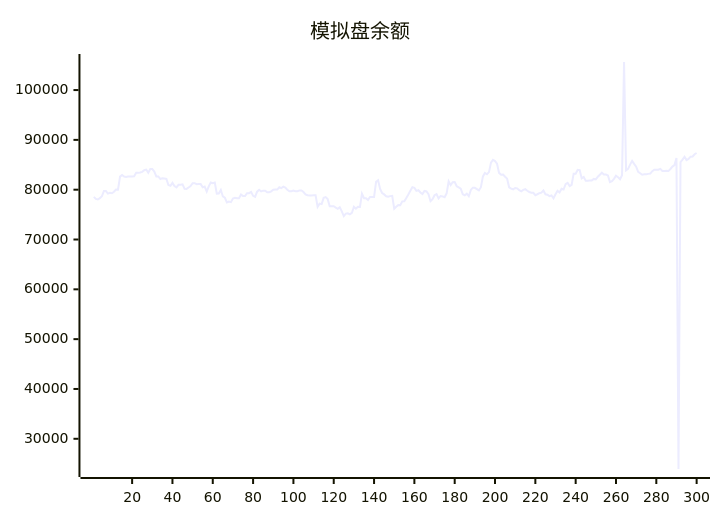
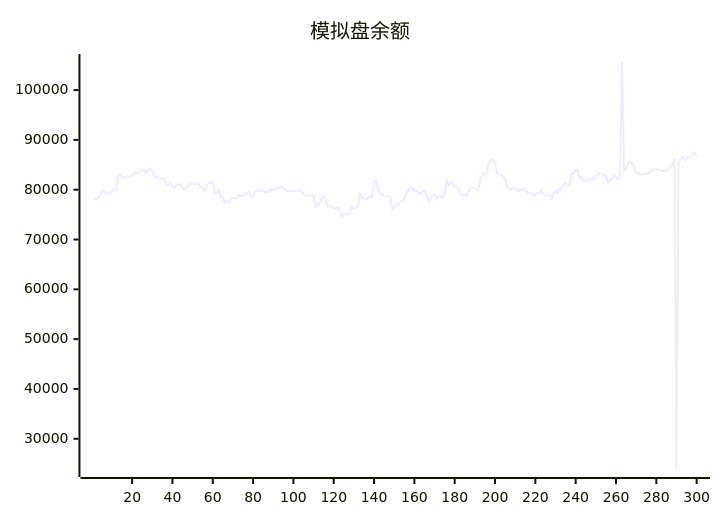
One commit to aahl/ai-trading changed the diagram in README.md. Above: the diagram before and after it, drawn with Mermaid. The commit also changed other lines of this file and 1 other file, not shown here.

````diff
--- a/README.md
+++ b/README.md
@@ -5,5 +5,5 @@
 ```mermaid
 xychart
     title "模拟盘余额"
-    line [78561,78139,78037,78293,78682,79720,79720,79214,79372,79279,79591,80046,79993,82625,82950,82626,82571,82633,82670,82670,82681,83386,83378,83464,83579,83920,84037,83402,84160,84142,83652,82655,82655,82145,82315,82243,82163,80934,80770,81371,80742,80468,80989,80989,81067,80191,80155,80450,80737,81309,81309,81106,81119,81119,80471,80631,79624,80670,81448,81290,81429,79212,79222,79940,78643,78380,77432,77623,77504,78235,78358,78284,78277,79048,78714,78714,79290,79308,79567,78763,78563,79603,79988,79652,79813,79813,79476,79469,79673,79995,80015,80015,80486,80314,80600,80436,79966,79689,79689,79819,79692,79692,79850,79850,79518,79071,78889,78850,78850,78878,78878,76554,77202,77103,78357,78510,78106,76678,76677,76672,76411,76159,76485,75656,74695,75197,75246,75052,75334,76564,76179,76553,76551,79196,78300,78300,77944,78531,78531,78521,81564,81884,80160,79335,79055,78675,78580,78708,78764,76179,76586,76902,76876,77658,77669,78346,79023,79769,80497,80366,79761,79896,79448,79126,79749,79658,79097,77695,78114,78888,79126,78249,78738,78653,78478,79271,81680,80923,81488,81527,80681,80455,80190,79084,78879,79193,78686,79954,80403,80374,80118,79848,80491,82665,83351,83098,83525,85430,85983,85737,85221,83378,83014,83043,82613,82216,80477,80208,80081,80348,80277,79894,79670,79965,80093,79786,79542,79406,79371,78893,79087,79304,79406,79841,79072,78978,78696,78846,78272,79085,79787,79442,80198,80031,81120,81379,80718,80985,83214,83212,83993,83921,82270,82547,81776,81776,81866,81866,82158,82061,82596,83000,83408,83041,83050,82858,81503,81691,82188,82812,82517,82092,82901,105633,83898,84180,85030,85781,85178,84604,83569,83298,83008,83093,83107,83175,83228,83729,84025,84017,84019,84177,83775,83762,83785,83738,84160,84639,84939,86370,23934,85548,86046,86599,85942,86161,86622,86664,87115,87369]
+    line [78139,78037,78293,78682,79720,79720,79214,79372,79279,79591,80046,79993,82625,82950,82626,82571,82633,82670,82670,82681,83386,83378,83464,83579,83920,84037,83402,84160,84142,83652,82655,82655,82145,82315,82243,82163,80934,80770,81371,80742,80468,80989,80989,81067,80191,80155,80450,80737,81309,81309,81106,81119,81119,80471,80631,79624,80670,81448,81290,81429,79212,79222,79940,78643,78380,77432,77623,77504,78235,78358,78284,78277,79048,78714,78714,79290,79308,79567,78763,78563,79603,79988,79652,79813,79813,79476,79469,79673,79995,80015,80015,80486,80314,80600,80436,79966,79689,79689,79819,79692,79692,79850,79850,79518,79071,78889,78850,78850,78878,78878,76554,77202,77103,78357,78510,78106,76678,76677,76672,76411,76159,76485,75656,74695,75197,75246,75052,75334,76564,76179,76553,76551,79196,78300,78300,77944,78531,78531,78521,81564,81884,80160,79335,79055,78675,78580,78708,78764,76179,76586,76902,76876,77658,77669,78346,79023,79769,80497,80366,79761,79896,79448,79126,79749,79658,79097,77695,78114,78888,79126,78249,78738,78653,78478,79271,81680,80923,81488,81527,80681,80455,80190,79084,78879,79193,78686,79954,80403,80374,80118,79848,80491,82665,83351,83098,83525,85430,85983,85737,85221,83378,83014,83043,82613,82216,80477,80208,80081,80348,80277,79894,79670,79965,80093,79786,79542,79406,79371,78893,79087,79304,79406,79841,79072,78978,78696,78846,78272,79085,79787,79442,80198,80031,81120,81379,80718,80985,83214,83212,83993,83921,82270,82547,81776,81776,81866,81866,82158,82061,82596,83000,83408,83041,83050,82858,81503,81691,82188,82812,82517,82092,82901,105633,83898,84180,85030,85781,85178,84604,83569,83298,83008,83093,83107,83175,83228,83729,84025,84017,84019,84177,83775,83762,83785,83738,84160,84639,84939,86370,23934,85548,86046,86599,85942,86161,86622,86664,87115,87369,86666]
 ```
````
